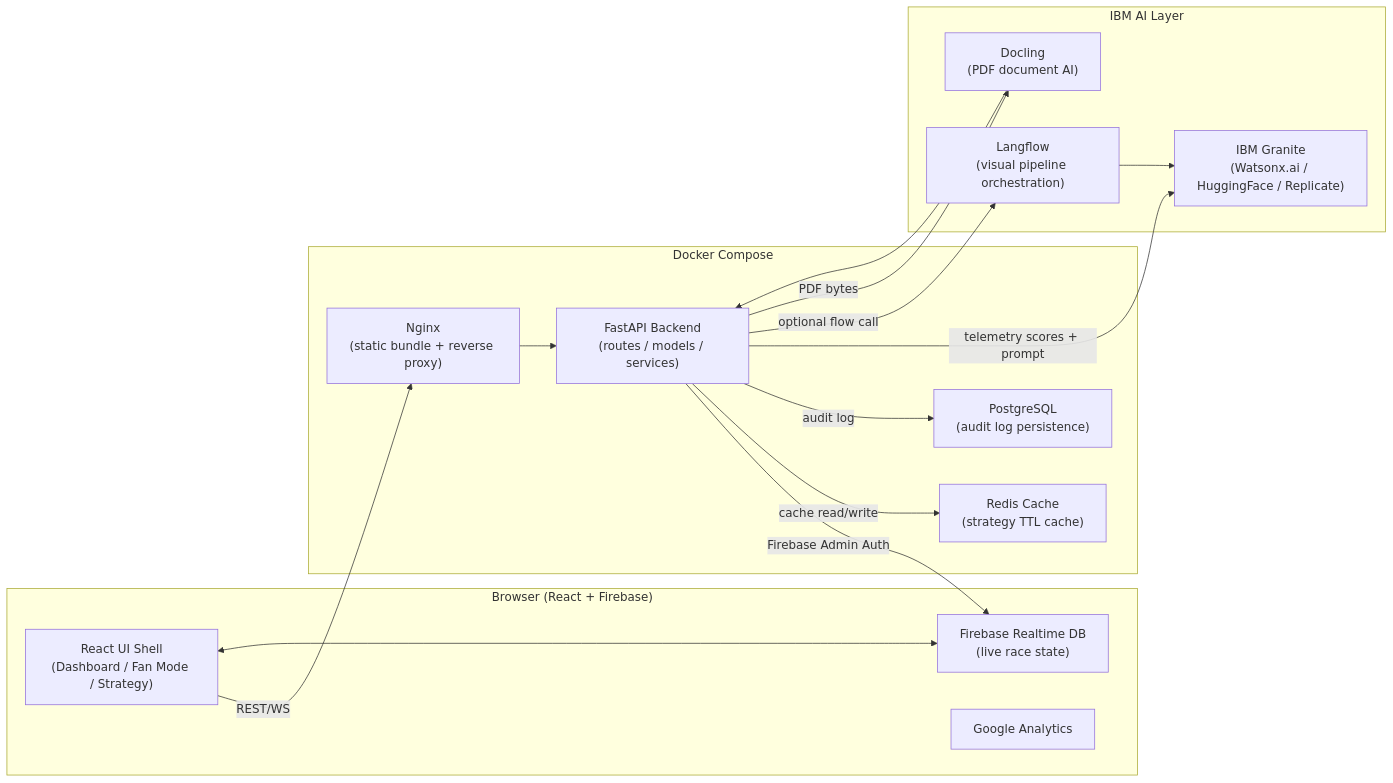
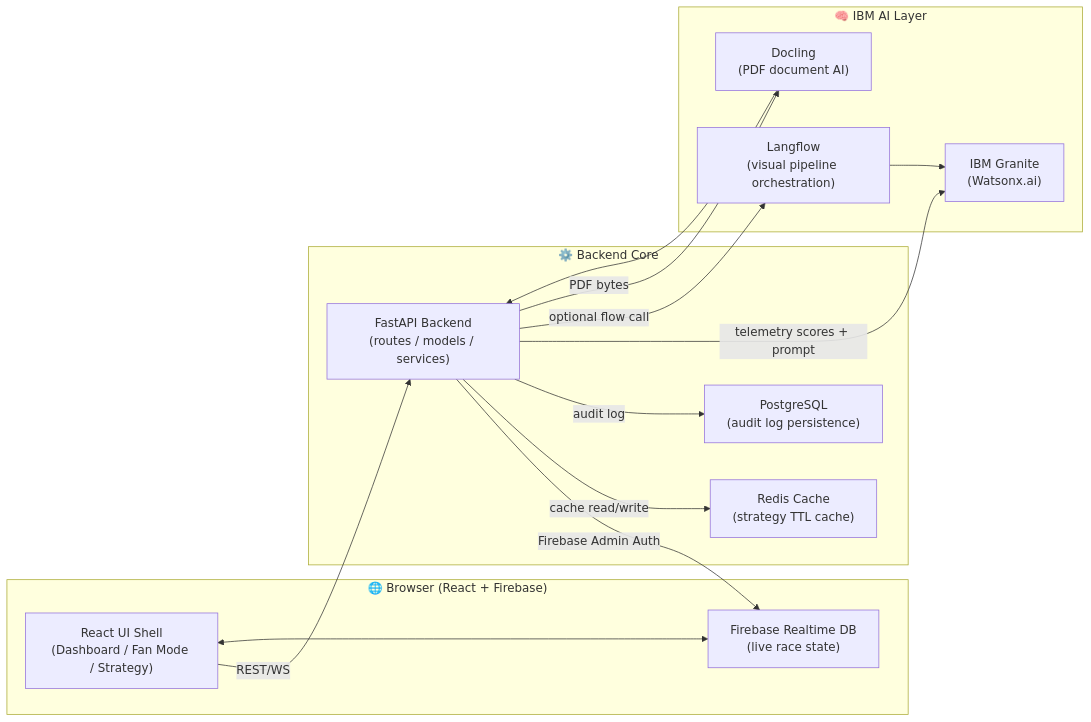
One commit to rohilkohli/pitMind changed the first of 3 diagrams in docs/architecture.md. Above: the diagram before and after it, drawn with Mermaid. The commit also changed other lines of this file and 2 other files, not shown here.

````diff
--- a/docs/architecture.md
+++ b/docs/architecture.md
@@ -27,30 +22,28 @@
 ```mermaid
 flowchart LR
-  subgraph Browser["Browser (React + Firebase)"]
+  subgraph Browser["🌐 Browser (React + Firebase)"]
     UI["React UI Shell\n(Dashboard / Fan Mode / Strategy)"]
     FB_RT["Firebase Realtime DB\n(live race state)"]
-    GA["Google Analytics"]
   end
 
-  subgraph Compose["Docker Compose"]
-    NGINX["Nginx\n(static bundle + reverse proxy)"]
+  subgraph Backend["⚙️ Backend Core"]
     API["FastAPI Backend\n(routes / models / services)"]
     REDIS["Redis Cache\n(strategy TTL cache)"]
     PG["PostgreSQL\n(audit log persistence)"]
   end
 
-  subgraph IBM["IBM AI Layer"]
-    GRANITE["IBM Granite\n(Watsonx.ai / HuggingFace / Replicate)"]
+  subgraph IBM["🧠 IBM AI Layer"]
+    GRANITE["IBM Granite\n(Watsonx.ai)"]
     LF["Langflow\n(visual pipeline orchestration)"]
     DOCLING["Docling\n(PDF document AI)"]
   end
 
-  UI -- REST/WS --> NGINX --> API
+  UI -- REST/WS --> API
   FB_RT <--> UI
   API -- Firebase Admin Auth --> FB_RT
   API -- cache read/write --> REDIS
   API -- audit log --> PG
   API -- telemetry scores + prompt --> GRANITE
   API -- optional flow call --> LF --> GRANITE
   API -- PDF bytes --> DOCLING --> API
 ```
````
